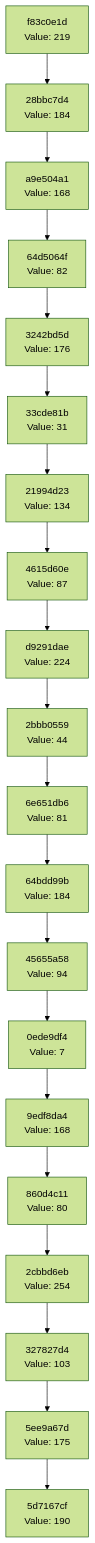
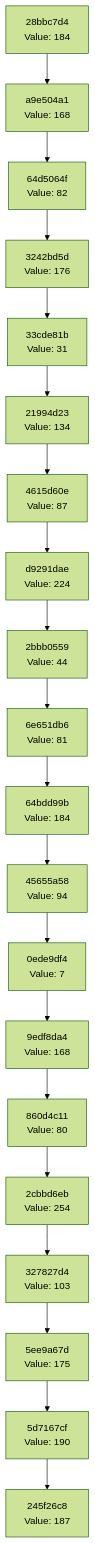
Before and after one commit to Abhisheksinha1506/hash-chain-evolver: the diagram in docs/CHAIN_VISUALIZATION.md, drawn with Mermaid (forest theme). The commit also changed 2 other files, not shown here.

Commit message:
Evolution Step

````diff
--- a/docs/CHAIN_VISUALIZATION.md
+++ b/docs/CHAIN_VISUALIZATION.md
@@ -3,42 +3,42 @@
 ```mermaid
 graph TD
-    C0["5d7167cf<br/>Value: 190"]
-    C1["5ee9a67d<br/>Value: 175"]
+    C0["245f26c8<br/>Value: 187"]
+    C1["5d7167cf<br/>Value: 190"]
     C1 --> C0
-    C2["327827d4<br/>Value: 103"]
+    C2["5ee9a67d<br/>Value: 175"]
     C2 --> C1
-    C3["2cbbd6eb<br/>Value: 254"]
+    C3["327827d4<br/>Value: 103"]
     C3 --> C2
-    C4["860d4c11<br/>Value: 80"]
+    C4["2cbbd6eb<br/>Value: 254"]
     C4 --> C3
-    C5["9edf8da4<br/>Value: 168"]
+    C5["860d4c11<br/>Value: 80"]
     C5 --> C4
-    C6["0ede9df4<br/>Value: 7"]
+    C6["9edf8da4<br/>Value: 168"]
     C6 --> C5
-    C7["45655a58<br/>Value: 94"]
+    C7["0ede9df4<br/>Value: 7"]
     C7 --> C6
-    C8["64bdd99b<br/>Value: 184"]
+    C8["45655a58<br/>Value: 94"]
     C8 --> C7
-    C9["6e651db6<br/>Value: 81"]
+    C9["64bdd99b<br/>Value: 184"]
     C9 --> C8
-    C10["2bbb0559<br/>Value: 44"]
+    C10["6e651db6<br/>Value: 81"]
     C10 --> C9
-    C11["d9291dae<br/>Value: 224"]
+    C11["2bbb0559<br/>Value: 44"]
     C11 --> C10
-    C12["4615d60e<br/>Value: 87"]
+    C12["d9291dae<br/>Value: 224"]
     C12 --> C11
-    C13["21994d23<br/>Value: 134"]
+    C13["4615d60e<br/>Value: 87"]
     C13 --> C12
-    C14["33cde81b<br/>Value: 31"]
+    C14["21994d23<br/>Value: 134"]
     C14 --> C13
-    C15["3242bd5d<br/>Value: 176"]
+    C15["33cde81b<br/>Value: 31"]
     C15 --> C14
-    C16["64d5064f<br/>Value: 82"]
+    C16["3242bd5d<br/>Value: 176"]
     C16 --> C15
-    C17["a9e504a1<br/>Value: 168"]
+    C17["64d5064f<br/>Value: 82"]
     C17 --> C16
-    C18["28bbc7d4<br/>Value: 184"]
+    C18["a9e504a1<br/>Value: 168"]
     C18 --> C17
-    C19["f83c0e1d<br/>Value: 219"]
+    C19["28bbc7d4<br/>Value: 184"]
     C19 --> C18
 ```
````
